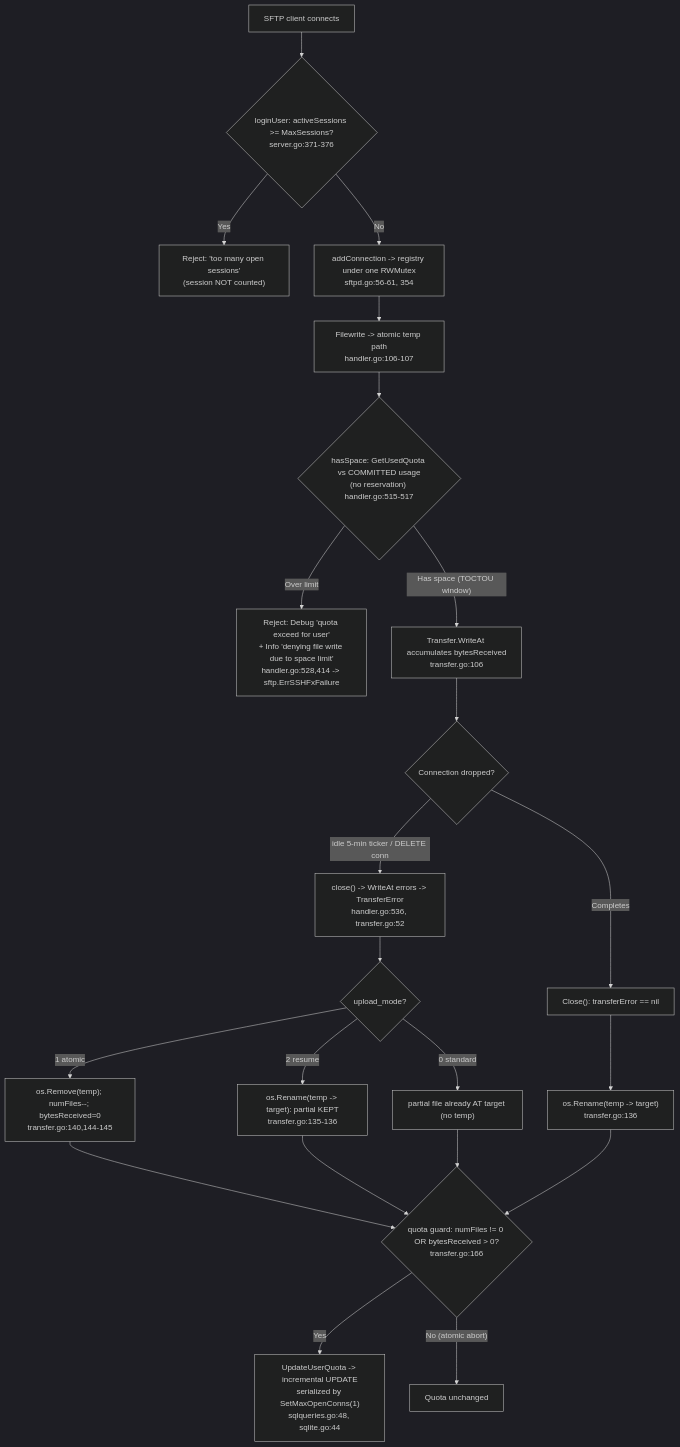
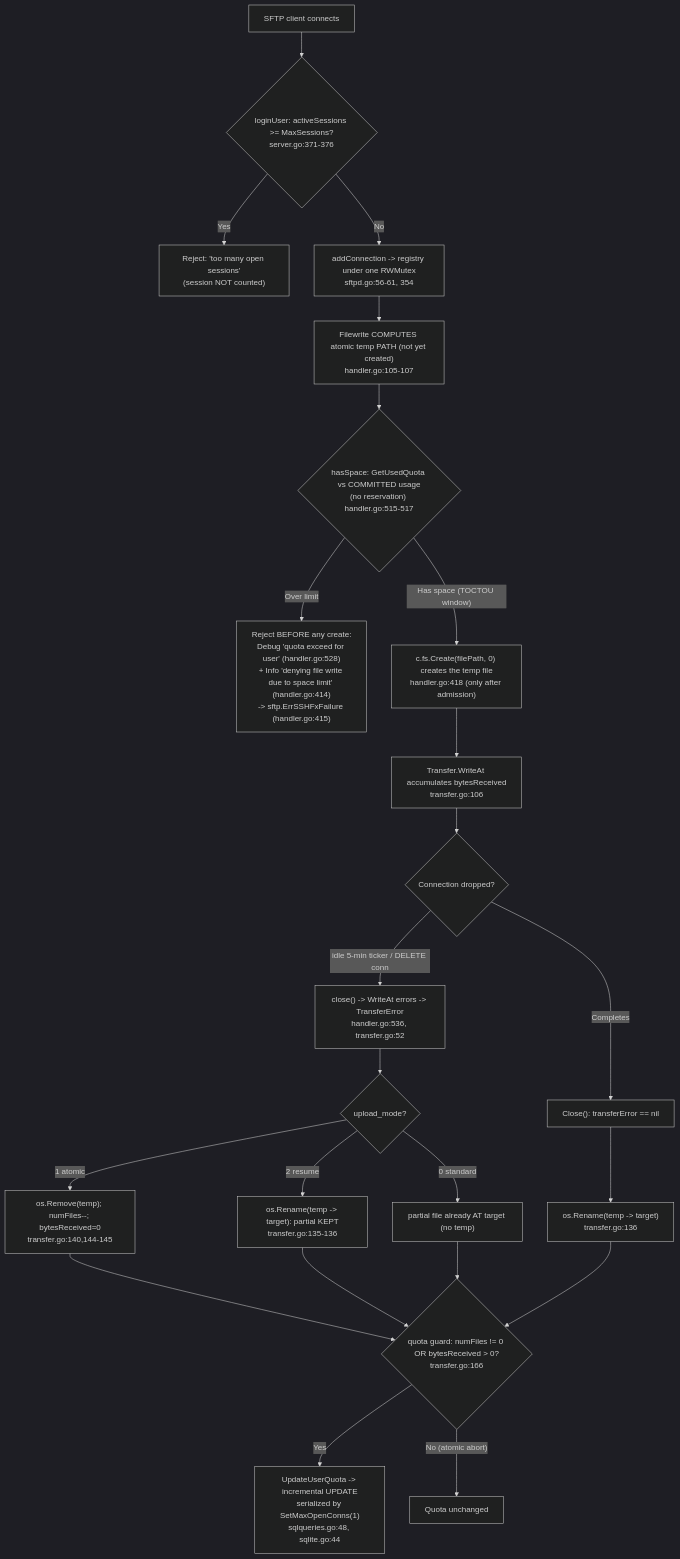
Before and after one commit to blitzy-research/sftpgo: the diagram in blitzy/documentation/sftpgo_44634210287c.md, drawn with Mermaid (dark theme). The commit also changed other lines of this file, not shown here.

````diff
--- a/blitzy/documentation/sftpgo_44634210287c.md
+++ b/blitzy/documentation/sftpgo_44634210287c.md
@@ -28,24 +30,25 @@
 ```mermaid
 flowchart TD
     A["SFTP client connects"] --> C{"loginUser: activeSessions >= MaxSessions?\nserver.go:371-376"}
     C -- "Yes" --> R1["Reject: 'too many open sessions'\n(session NOT counted)"]
     C -- "No" --> D["addConnection -> registry under one RWMutex\nsftpd.go:56-61, 354"]
-    D --> E["Filewrite -> atomic temp path\nhandler.go:106-107"]
+    D --> E["Filewrite COMPUTES atomic temp PATH (not yet created)\nhandler.go:105-107"]
     E --> F{"hasSpace: GetUsedQuota vs COMMITTED usage\n(no reservation) handler.go:515-517"}
-    F -- "Over limit" --> R2["Reject: Debug 'quota exceed for user'\n+ Info 'denying file write due to space limit'\nhandler.go:528,414 -> sftp.ErrSSHFxFailure"]
-    F -- "Has space (TOCTOU window)" --> G["Transfer.WriteAt accumulates bytesReceived\ntransfer.go:106"]
+    F -- "Over limit" --> R2["Reject BEFORE any create:\nDebug 'quota exceed for user' (handler.go:528)\n+ Info 'denying file write due to space limit' (handler.go:414)\n-> sftp.ErrSSHFxFailure (handler.go:415)"]
+    F -- "Has space (TOCTOU window)" --> CR["c.fs.Create(filePath, 0) creates the temp file\nhandler.go:418 (only after admission)"]
+    CR --> G["Transfer.WriteAt accumulates bytesReceived\ntransfer.go:106"]
     G --> H{"Connection dropped?"}
     H -- "idle 5-min ticker / DELETE conn" --> I["close() -> WriteAt errors -> TransferError\nhandler.go:536, transfer.go:52"]
     H -- "Completes" --> J["Close(): transferError == nil"]
     I --> K{"upload_mode?"}
     K -- "1 atomic" --> L["os.Remove(temp); numFiles--; bytesReceived=0\ntransfer.go:140,144-145"]
     K -- "2 resume" --> M["os.Rename(temp -> target): partial KEPT\ntransfer.go:135-136"]
     K -- "0 standard" --> N["partial file already AT target (no temp)"]
     J --> O["os.Rename(temp -> target)\ntransfer.go:136"]
     L --> P{"quota guard: numFiles != 0 OR bytesReceived > 0?\ntransfer.go:166"}
     M --> P
     N --> P
     O --> P
     P -- "Yes" --> Q["UpdateUserQuota -> incremental UPDATE\nserialized by SetMaxOpenConns(1)\nsqlqueries.go:48, sqlite.go:44"]
     P -- "No (atomic abort)" --> S["Quota unchanged"]
 ```
````
